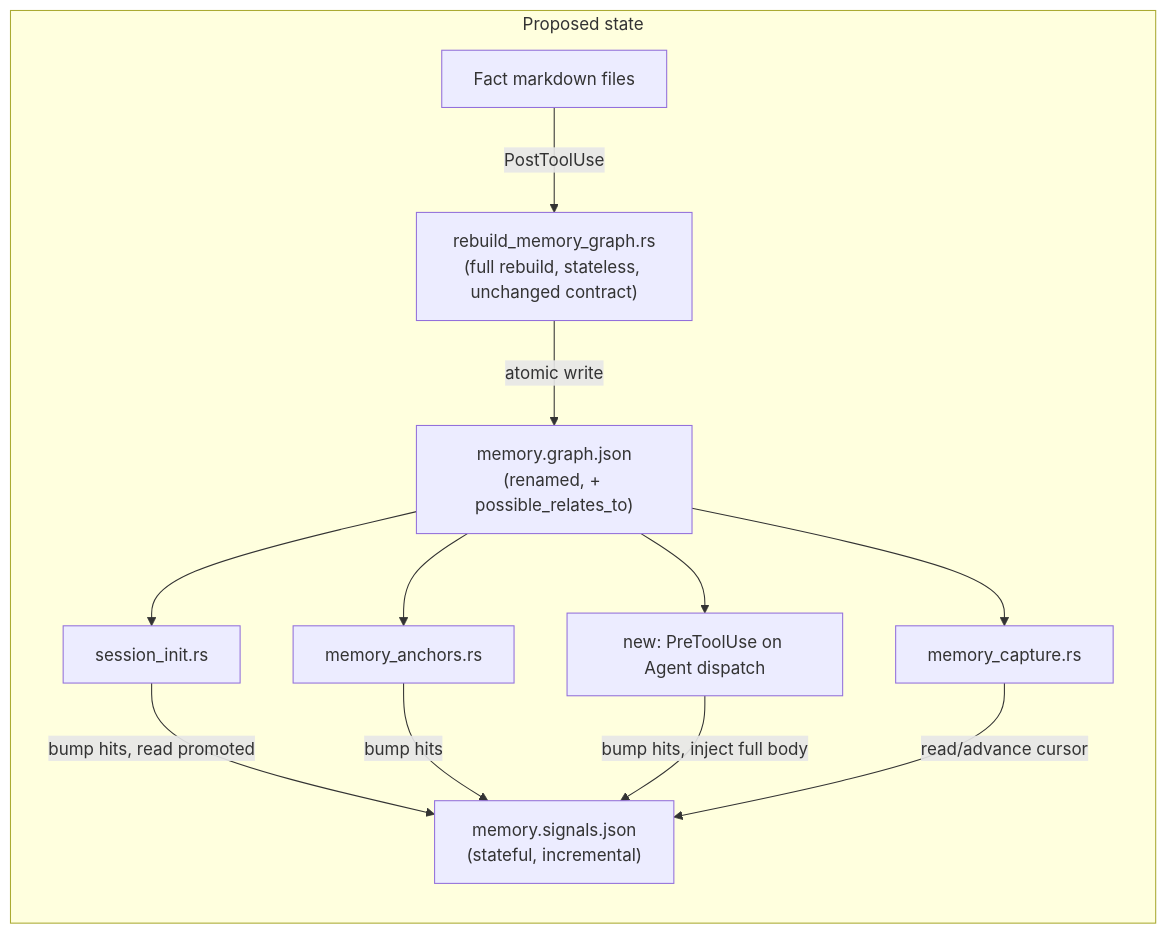
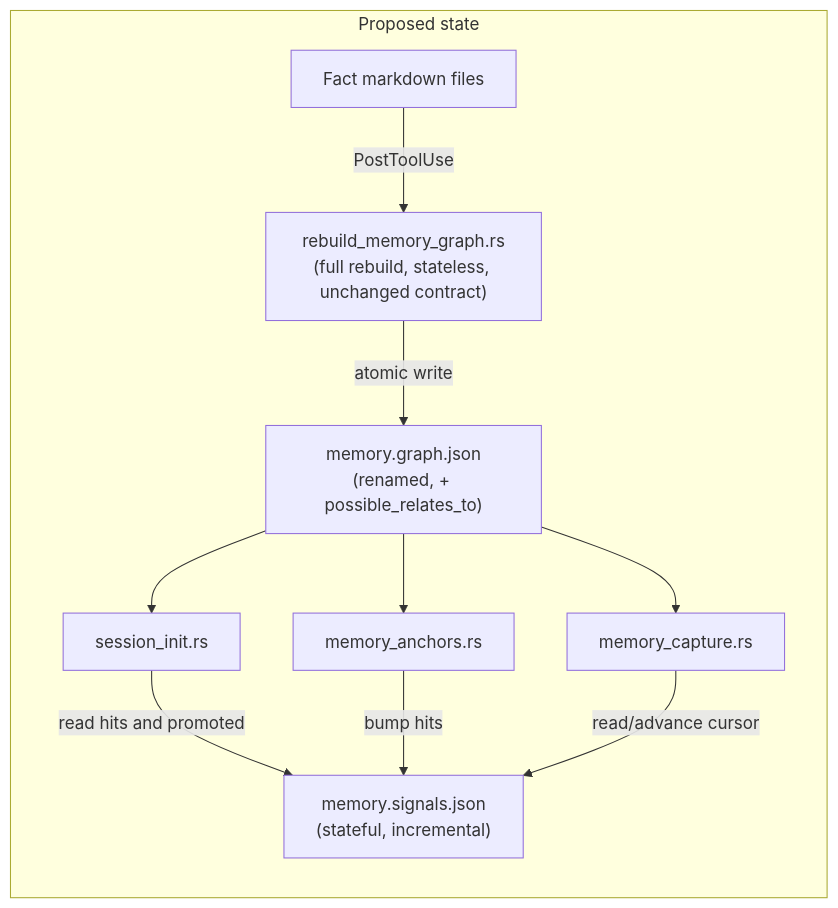
The second of 3 diagrams in docs/adr/0011-memory-signals-usage-staleness-similarity-and-consolidation.md (AmplifiedEngineer/playbook), drawn with Mermaid before and after one commit. The commit also changed other lines of this file and 1 other file, not shown here.

````diff
--- a/docs/adr/0011-memory-signals-usage-staleness-similarity-and-consolidation.md
+++ b/docs/adr/0011-memory-signals-usage-staleness-similarity-and-consolidation.md
@@ -86,17 +86,15 @@
 ```mermaid
 flowchart LR
     subgraph Proposed["Proposed state"]
         FactMD2["Fact markdown files"] -->|PostToolUse| Rebuild2["rebuild_memory_graph.rs\n(full rebuild, stateless, unchanged contract)"]
         Rebuild2 -->|atomic write| MemJSON["memory.graph.json\n(renamed, + possible_relates_to)"]
 
         MemJSON --> SessionInit2["session_init.rs"]
         MemJSON --> Anchors2["memory_anchors.rs"]
-        MemJSON --> Dispatch2["new: PreToolUse on Agent dispatch"]
         MemJSON --> Capture2["memory_capture.rs"]
 
-        SessionInit2 -->|bump hits, read promoted| Signals["memory.signals.json\n(stateful, incremental)"]
+        SessionInit2 -->|read hits and promoted| Signals["memory.signals.json\n(stateful, incremental)"]
         Anchors2 -->|bump hits| Signals
-        Dispatch2 -->|bump hits, inject full body| Signals
         Capture2 -->|read/advance cursor| Signals
     end
 ```
````
